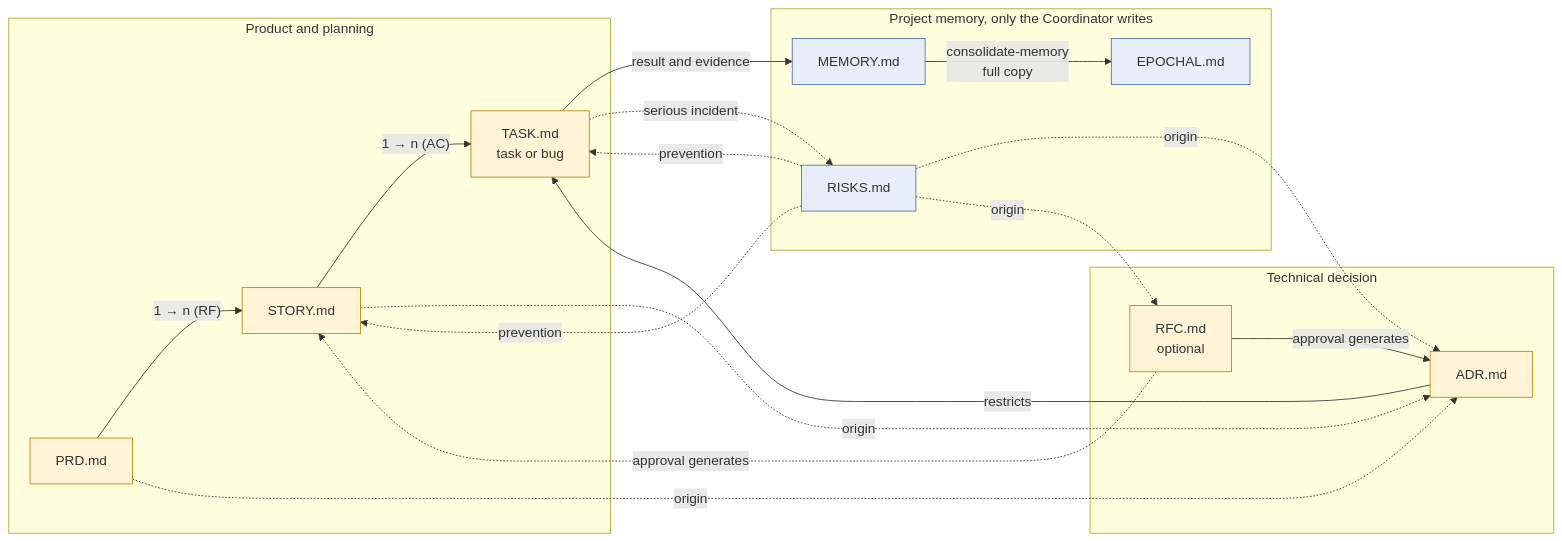
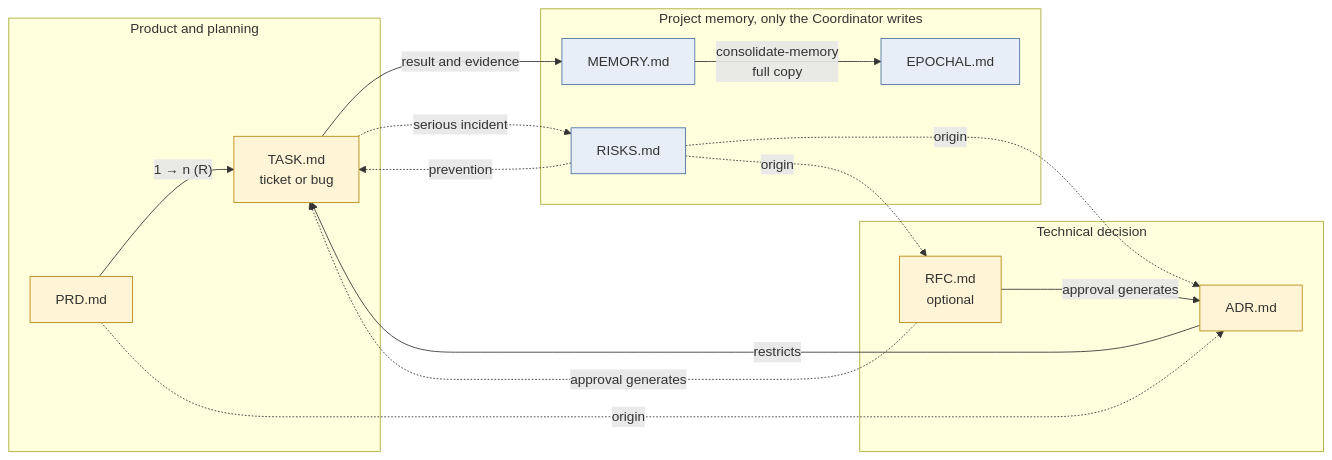
Before and after one commit to danielmalka/dev-harness: the second of 2 diagrams in docs/en/tutorials/templates.md, drawn with Mermaid. The commit also changed other lines of this file and 98 other files, not shown here.

First line of the commit message:
feat: PRD and ticket flow (PRD-007, 0.11.0) (#18)

````diff
--- a/docs/en/tutorials/templates.md
+++ b/docs/en/tutorials/templates.md
@@ -88,32 +88,29 @@
 ```mermaid
 flowchart LR
     subgraph produto[Product and planning]
-        PRD[PRD.md] -->|"1 → n (RF)"| STORY[STORY.md]
-        STORY -->|"1 → n (AC)"| TASK[TASK.md<br/>task or bug]
+        PRD[PRD.md] -->|"1 → n (R)"| TASK[TASK.md<br/>ticket or bug]
     end
 
     subgraph decisao[Technical decision]
         RFC[RFC.md<br/>optional] -->|approval generates| ADR[ADR.md]
-        RFC -.->|approval generates| STORY
+        RFC -.->|approval generates| TASK
         ADR -->|restricts| TASK
         PRD -.->|origin| ADR
-        STORY -.->|origin| ADR
     end
 
     subgraph memoria["Project memory, only the Coordinator writes"]
         MEMORY[MEMORY.md] -->|consolidate-memory<br/>full copy| EPOCHAL[EPOCHAL.md]
         RISKS[RISKS.md]
     end
 
     TASK -->|result and evidence| MEMORY
     TASK -.->|serious incident| RISKS
-    RISKS -.->|prevention| STORY
     RISKS -.->|prevention| TASK
     RISKS -.->|origin| ADR
     RISKS -.->|origin| RFC
 
     classDef doc fill:#fff4d6,stroke:#b8860b
     classDef mem fill:#e8eef7,stroke:#4a6fa5
-    class PRD,STORY,TASK,ADR,RFC doc
+    class PRD,TASK,ADR,RFC doc
     class MEMORY,EPOCHAL,RISKS mem
 ```
````
